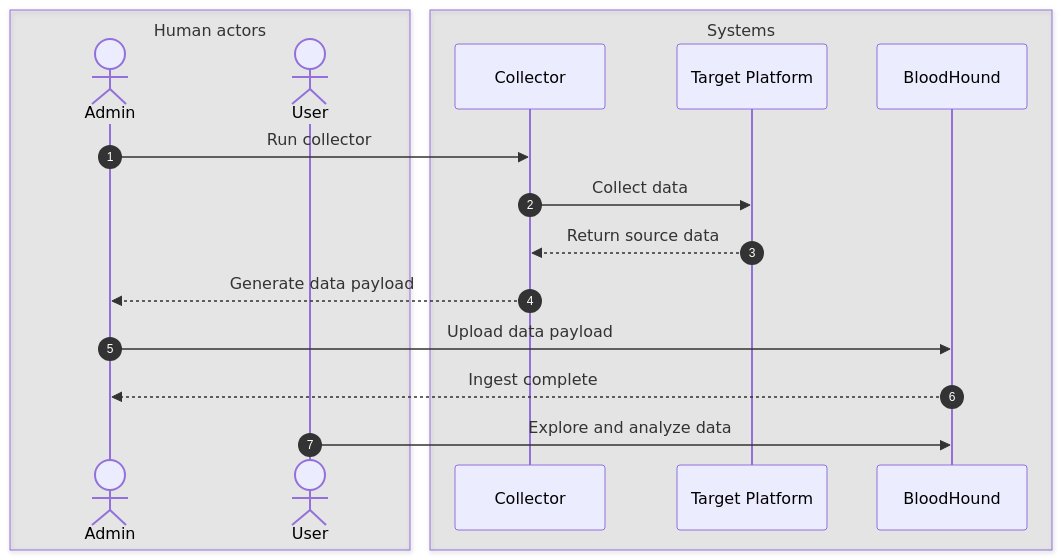
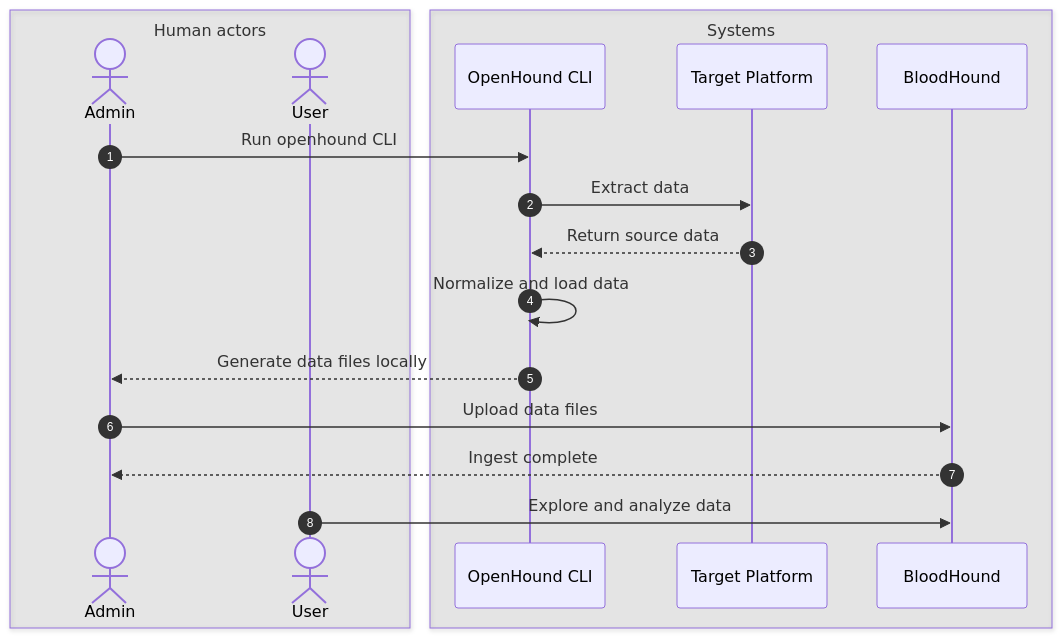
One commit to SpecterOps/bloodhound-docs changed the third of 3 diagrams in docs/opengraph/extensions/manage.mdx. Above: the diagram before and after it, drawn with Mermaid. The commit also changed other lines of this file and 535 other files, not shown here.

First line of the commit message:
Add documentation for OpenHound usage and move/replace xHound install instructions (#253)

````diff
--- a/docs/opengraph/extensions/manage.mdx
+++ b/docs/opengraph/extensions/manage.mdx
@@ -132,23 +171,24 @@
 ```mermaid
 sequenceDiagram
   autonumber
 
 	box rgba(128, 128, 128, 0.14) Human actors
 		actor Admin
 		actor User
 	end
 
 	box rgba(96, 96, 96, 0.12) Systems
-		participant Collector
+		participant OpenHound as OpenHound CLI
 		participant TargetPlatform as Target Platform
 		participant BloodHound
 	end
 
-	Admin->>Collector: Run collector
-	Collector->>TargetPlatform: Collect data
-	TargetPlatform-->>Collector: Return source data
-	Collector-->>Admin: Generate data payload
-	Admin->>BloodHound: Upload data payload
+	Admin->>OpenHound: Run openhound CLI
+	OpenHound->>TargetPlatform: Extract data
+	TargetPlatform-->>OpenHound: Return source data
+	OpenHound->>OpenHound: Normalize and load data
+	OpenHound-->>Admin: Generate data files locally
+	Admin->>BloodHound: Upload data files
 	BloodHound-->>Admin: Ingest complete
 	User->>BloodHound: Explore and analyze data
 ```
````
